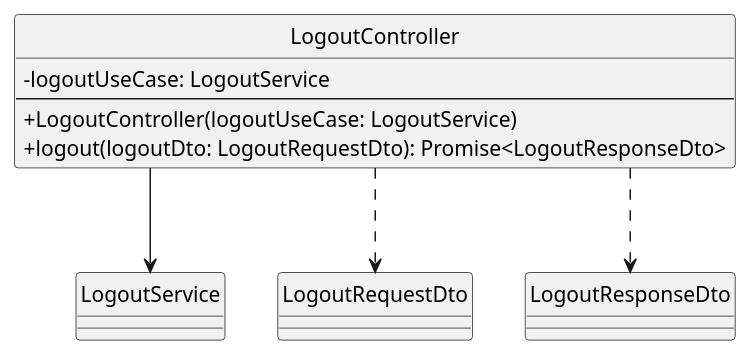
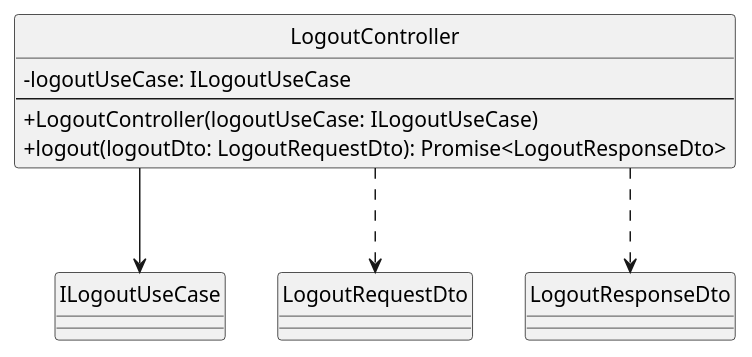
The diagram in assets/st_diagrams/code/plantuml/account/presentation/controllers/logout.controller.plantuml (SkarabGroup/DocumentazioneProgetto), drawn with PlantUML before and after one commit. The commit also changed 1 other file, not shown here.

```diff
--- a/assets/st_diagrams/code/plantuml/account/presentation/controllers/logout.controller.plantuml
+++ b/assets/st_diagrams/code/plantuml/account/presentation/controllers/logout.controller.plantuml
@@ -1,22 +1,22 @@
 @startuml LogoutController
 
 skinparam componentStyle uml2.5
 skinparam linetype ortho
 skinparam nodesep auto
 skinparam ranksep 70
 skinparam ClassAttributeIconSize 0
 hide circles
 
 class LogoutController {
-    - logoutUseCase: LogoutService
+    - logoutUseCase: ILogoutUseCase
     ---
-    + LogoutController(logoutUseCase: LogoutService)
+    + LogoutController(logoutUseCase: ILogoutUseCase)
     + logout(logoutDto: LogoutRequestDto): Promise<LogoutResponseDto>
 }
 
 ' Relations
-LogoutController --> LogoutService
+LogoutController --> ILogoutUseCase
 LogoutController ..> LogoutRequestDto
 LogoutController ..> LogoutResponseDto
 
 @enduml
```
